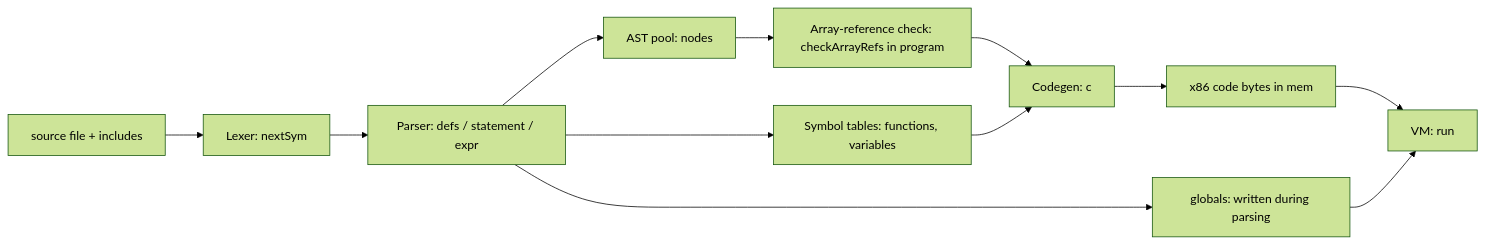
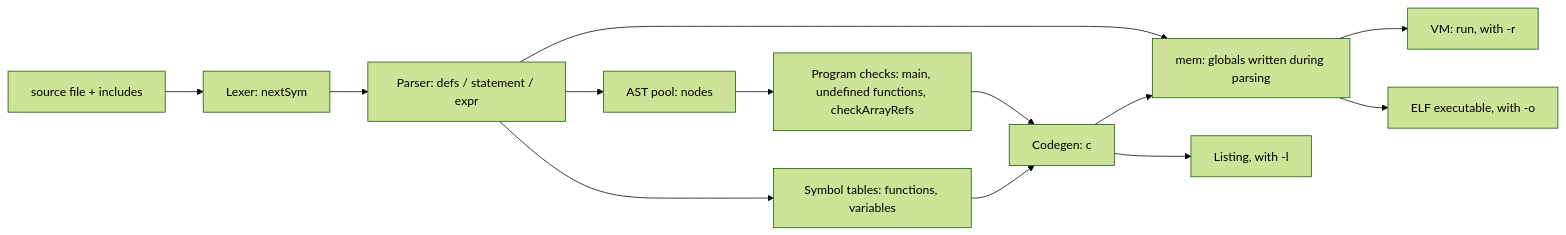
One commit to CCurl/mc changed the diagram in TechnicalOverview.md. Above: the diagram before and after it, drawn with Mermaid (forest theme). The commit also changed other lines of this file and 3 other files, not shown here.

````diff
--- a/TechnicalOverview.md
+++ b/TechnicalOverview.md
@@ -5,14 +5,15 @@
 ```mermaid
 flowchart LR
     A[source file + includes] --> B[Lexer: nextSym]
     B --> C[Parser: defs / statement / expr]
     C --> D[AST pool: nodes]
     C --> E[Symbol tables: functions, variables]
-    C --> K[globals: written during parsing]
-    D --> F[Array-reference check: checkArrayRefs in program]
+    C --> M[mem: globals written during parsing]
+    D --> F[Program checks: main, undefined functions, checkArrayRefs]
     F --> G[Codegen: c]
     E --> G
-    G --> H[x86 code bytes in mem]
-    H --> J[VM: run]
-    K --> J
+    G --> M
+    M --> J[VM: run, with -r]
+    M --> X[ELF executable, with -o]
+    G --> L[Listing, with -l]
 ```
````
